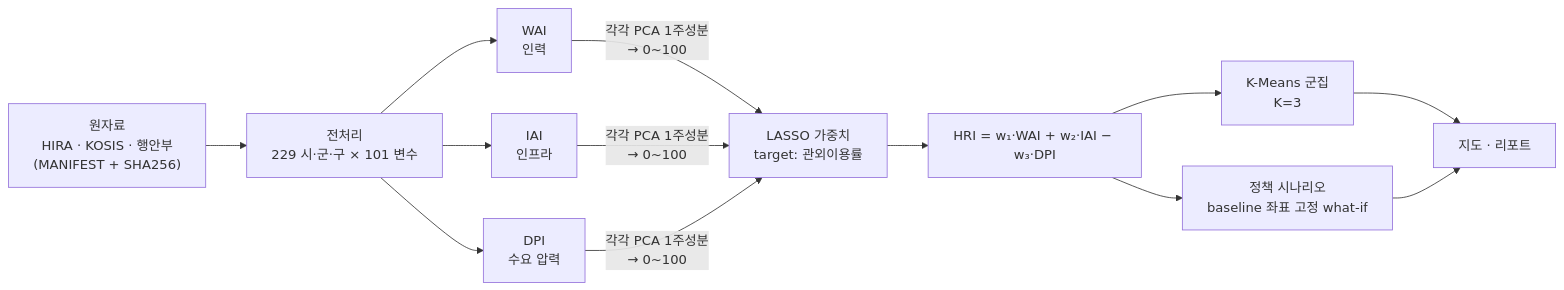
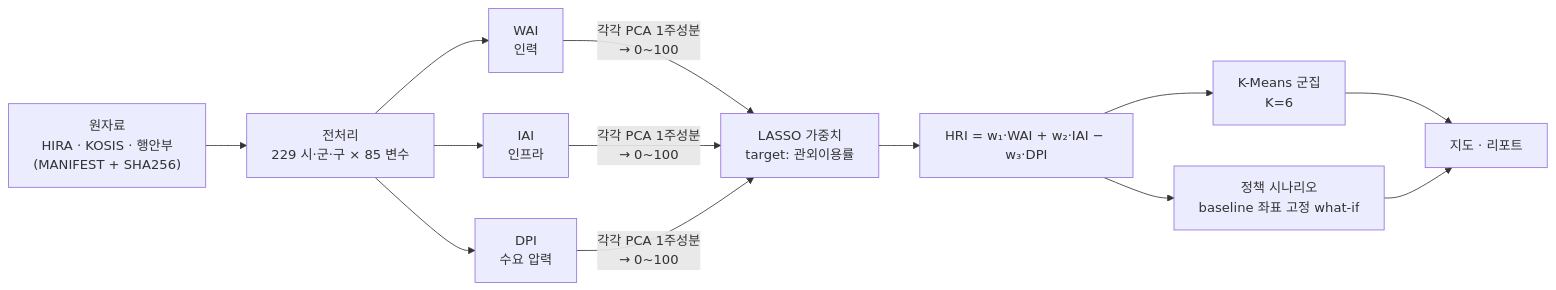
One commit to vashazza/HRI-korea changed the diagram in README.md. Above: the diagram before and after it, drawn with Mermaid. The commit also changed other lines of this file and 35 other files, not shown here.

````diff
--- a/README.md
+++ b/README.md
@@ -20,12 +20,12 @@
 ```mermaid
 flowchart LR
-    A["원자료<br/>HIRA · KOSIS · 행안부<br/>(MANIFEST + SHA256)"] --> B["전처리<br/>229 시·군·구 × 101 변수"]
+    A["원자료<br/>HIRA · KOSIS · 행안부<br/>(MANIFEST + SHA256)"] --> B["전처리<br/>229 시·군·구 × 85 변수"]
     B --> W["WAI<br/>인력"]
     B --> I["IAI<br/>인프라"]
     B --> D["DPI<br/>수요 압력"]
     W & I & D -->|"각각 PCA 1주성분<br/>→ 0~100"| L["LASSO 가중치<br/>target: 관외이용률"]
     L --> H["HRI = w₁·WAI + w₂·IAI − w₃·DPI"]
-    H --> K["K-Means 군집<br/>K=3"]
+    H --> K["K-Means 군집<br/>K=6"]
     H --> S["정책 시나리오<br/>baseline 좌표 고정 what-if"]
     K & S --> M["지도 · 리포트"]
 ```
````
